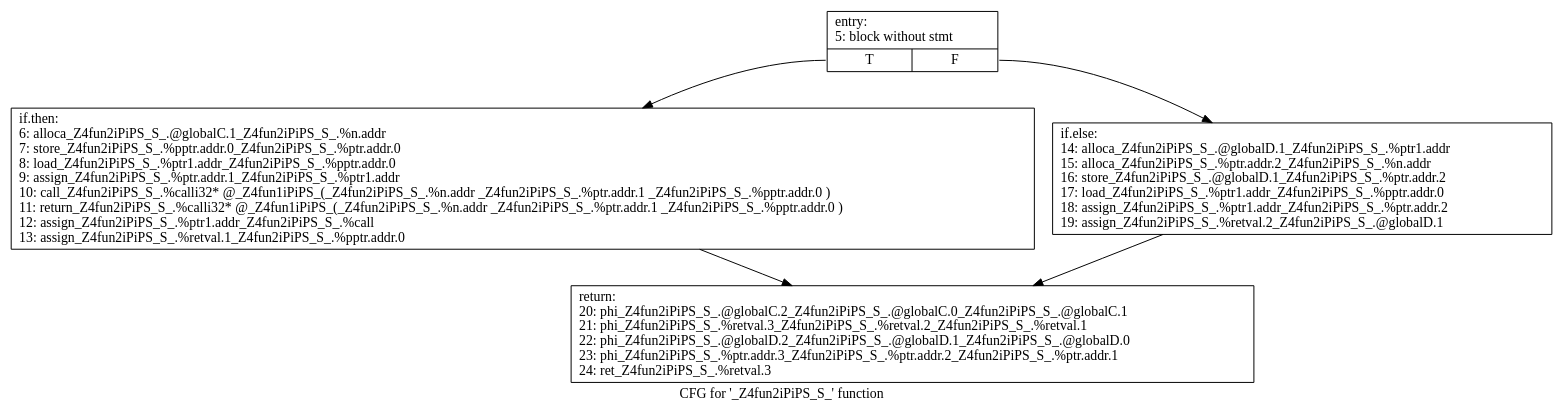
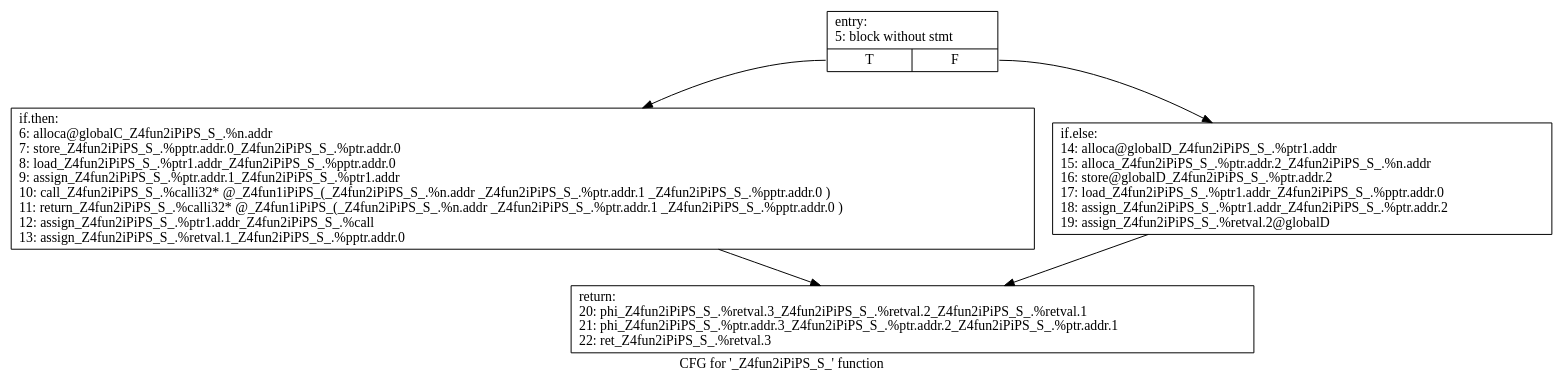
The diagram in testExample/ssa result/testExfun2test.dot (pqhQAQ/Ouroboros-dataset), drawn with Graphviz before and after one commit. The commit also changed 25 other files, not shown here.

```diff
--- a/testExample/ssa result/testExfun2test.dot
+++ b/testExample/ssa result/testExfun2test.dot
@@ -1,12 +1,12 @@
 digraph "CFG for '_Z4fun2iPiPS_S_' function" {
 	label="CFG for '_Z4fun2iPiPS_S_' function" ;
 
 	Node0x8f6f4a0 [shape=record,label="{entry:\l 5: block without stmt\l |{<s0>T|<s1>F}}"];
 	Node0x8f6f4a0:s0 -> Node0x8f6f9f0;
 	Node0x8f6f4a0:s1 -> Node0x8f6fac0;
-	Node0x8f6f9f0 [shape=record,label="{if.then:\l 6: alloca	_Z4fun2iPiPS_S_.@globalC.1	_Z4fun2iPiPS_S_.%n.addr\l 7: store	_Z4fun2iPiPS_S_.%pptr.addr.0	_Z4fun2iPiPS_S_.%ptr.addr.0\l 8: load	_Z4fun2iPiPS_S_.%ptr1.addr	_Z4fun2iPiPS_S_.%pptr.addr.0\l 9: assign	_Z4fun2iPiPS_S_.%ptr.addr.1	_Z4fun2iPiPS_S_.%ptr1.addr\l 10: call	_Z4fun2iPiPS_S_.%call	i32* @_Z4fun1iPiPS_(_Z4fun2iPiPS_S_.%n.addr _Z4fun2iPiPS_S_.%ptr.addr.1 _Z4fun2iPiPS_S_.%pptr.addr.0 )\l 11: return	_Z4fun2iPiPS_S_.%call	i32* @_Z4fun1iPiPS_(_Z4fun2iPiPS_S_.%n.addr _Z4fun2iPiPS_S_.%ptr.addr.1 _Z4fun2iPiPS_S_.%pptr.addr.0 )\l 12: assign	_Z4fun2iPiPS_S_.%ptr1.addr	_Z4fun2iPiPS_S_.%call\l 13: assign	_Z4fun2iPiPS_S_.%retval.1	_Z4fun2iPiPS_S_.%pptr.addr.0\l }"];
+	Node0x8f6f9f0 [shape=record,label="{if.then:\l 6: alloca	@globalC	_Z4fun2iPiPS_S_.%n.addr\l 7: store	_Z4fun2iPiPS_S_.%pptr.addr.0	_Z4fun2iPiPS_S_.%ptr.addr.0\l 8: load	_Z4fun2iPiPS_S_.%ptr1.addr	_Z4fun2iPiPS_S_.%pptr.addr.0\l 9: assign	_Z4fun2iPiPS_S_.%ptr.addr.1	_Z4fun2iPiPS_S_.%ptr1.addr\l 10: call	_Z4fun2iPiPS_S_.%call	i32* @_Z4fun1iPiPS_(_Z4fun2iPiPS_S_.%n.addr _Z4fun2iPiPS_S_.%ptr.addr.1 _Z4fun2iPiPS_S_.%pptr.addr.0 )\l 11: return	_Z4fun2iPiPS_S_.%call	i32* @_Z4fun1iPiPS_(_Z4fun2iPiPS_S_.%n.addr _Z4fun2iPiPS_S_.%ptr.addr.1 _Z4fun2iPiPS_S_.%pptr.addr.0 )\l 12: assign	_Z4fun2iPiPS_S_.%ptr1.addr	_Z4fun2iPiPS_S_.%call\l 13: assign	_Z4fun2iPiPS_S_.%retval.1	_Z4fun2iPiPS_S_.%pptr.addr.0\l }"];
 	Node0x8f6f9f0 -> Node0x8f704c0;
-	Node0x8f6fac0 [shape=record,label="{if.else:\l 14: alloca	_Z4fun2iPiPS_S_.@globalD.1	_Z4fun2iPiPS_S_.%ptr1.addr\l 15: alloca	_Z4fun2iPiPS_S_.%ptr.addr.2	_Z4fun2iPiPS_S_.%n.addr\l 16: store	_Z4fun2iPiPS_S_.@globalD.1	_Z4fun2iPiPS_S_.%ptr.addr.2\l 17: load	_Z4fun2iPiPS_S_.%ptr1.addr	_Z4fun2iPiPS_S_.%pptr.addr.0\l 18: assign	_Z4fun2iPiPS_S_.%ptr1.addr	_Z4fun2iPiPS_S_.%ptr.addr.2\l 19: assign	_Z4fun2iPiPS_S_.%retval.2	_Z4fun2iPiPS_S_.@globalD.1\l }"];
+	Node0x8f6fac0 [shape=record,label="{if.else:\l 14: alloca	@globalD	_Z4fun2iPiPS_S_.%ptr1.addr\l 15: alloca	_Z4fun2iPiPS_S_.%ptr.addr.2	_Z4fun2iPiPS_S_.%n.addr\l 16: store	@globalD	_Z4fun2iPiPS_S_.%ptr.addr.2\l 17: load	_Z4fun2iPiPS_S_.%ptr1.addr	_Z4fun2iPiPS_S_.%pptr.addr.0\l 18: assign	_Z4fun2iPiPS_S_.%ptr1.addr	_Z4fun2iPiPS_S_.%ptr.addr.2\l 19: assign	_Z4fun2iPiPS_S_.%retval.2	@globalD\l }"];
 	Node0x8f6fac0 -> Node0x8f704c0;
-	Node0x8f704c0 [shape=record,label="{return:\l 20: phi	_Z4fun2iPiPS_S_.@globalC.2	_Z4fun2iPiPS_S_.@globalC.0	_Z4fun2iPiPS_S_.@globalC.1	\l 21: phi	_Z4fun2iPiPS_S_.%retval.3	_Z4fun2iPiPS_S_.%retval.2	_Z4fun2iPiPS_S_.%retval.1	\l 22: phi	_Z4fun2iPiPS_S_.@globalD.2	_Z4fun2iPiPS_S_.@globalD.1	_Z4fun2iPiPS_S_.@globalD.0	\l 23: phi	_Z4fun2iPiPS_S_.%ptr.addr.3	_Z4fun2iPiPS_S_.%ptr.addr.2	_Z4fun2iPiPS_S_.%ptr.addr.1	\l 24: ret	_Z4fun2iPiPS_S_.%retval.3\l }"];
+	Node0x8f704c0 [shape=record,label="{return:\l 20: phi	_Z4fun2iPiPS_S_.%retval.3	_Z4fun2iPiPS_S_.%retval.2	_Z4fun2iPiPS_S_.%retval.1	\l 21: phi	_Z4fun2iPiPS_S_.%ptr.addr.3	_Z4fun2iPiPS_S_.%ptr.addr.2	_Z4fun2iPiPS_S_.%ptr.addr.1	\l 22: ret	_Z4fun2iPiPS_S_.%retval.3\l }"];
 }
```
